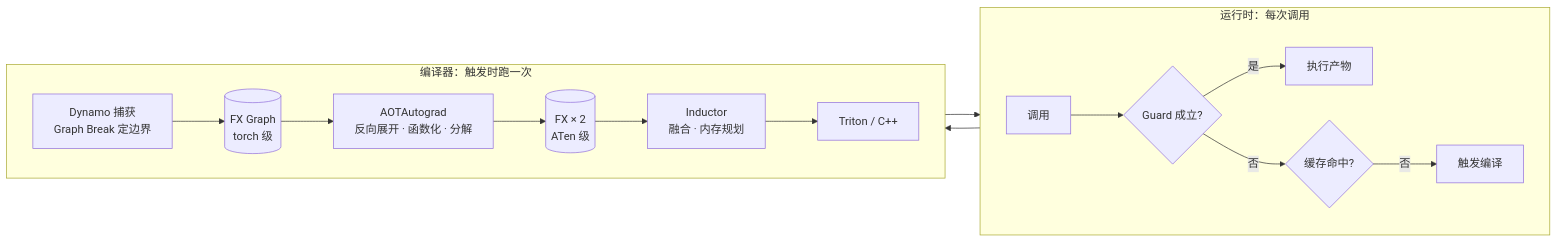
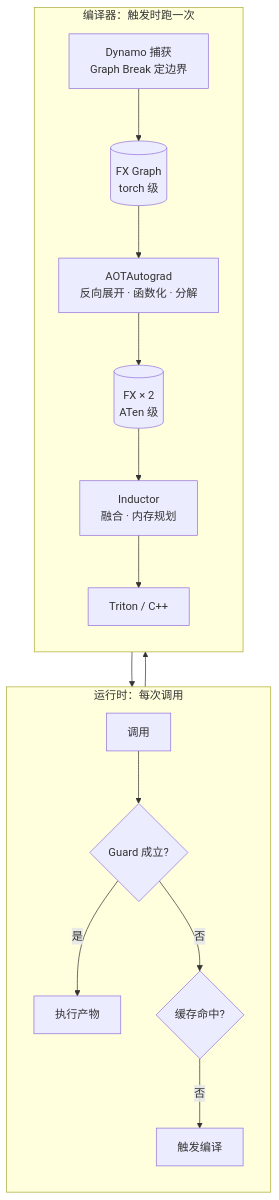
Before and after one commit to arganzheng/arganzheng.github.com: the sixth of 7 diagrams in slides/2026-02-26-deep-dive-into-pytorch.md, drawn with Mermaid. The commit also changed other lines of this file, not shown here.

Commit message:
slides/2026-02-26-deep-dive-into-pytorch: wide LR mermaids -> TB, tighten labels (smalltext <14px fixes)

````diff
--- a/slides/2026-02-26-deep-dive-into-pytorch.md
+++ b/slides/2026-02-26-deep-dive-into-pytorch.md
@@ -232,15 +232,15 @@
 ```mermaid
 %%{init: {"flowchart": {"wrappingWidth": 170}}}%%
-flowchart LR
+flowchart TB
     subgraph RT["运行时：每次调用"]
-        direction LR
+        direction TB
         CALL["调用"] --> GD{"Guard 成立?"} -->|是| RUN["执行产物"]
         GD -->|否| CA{"缓存命中?"} -->|否| TRIG["触发编译"]
     end
     subgraph CP["编译器：触发时跑一次"]
-        direction LR
+        direction TB
         DY["Dynamo 捕获<br/>Graph Break 定边界"] --> FX1[("FX Graph<br/>torch 级")] --> AOT["AOTAutograd<br/>反向展开 · 函数化 · 分解"] --> FX2[("FX × 2<br/>ATen 级")] --> IND["Inductor<br/>融合 · 内存规划"] --> CODE["Triton / C++"]
     end
     TRIG --> DY
     CODE --> RUN
 ```
````
